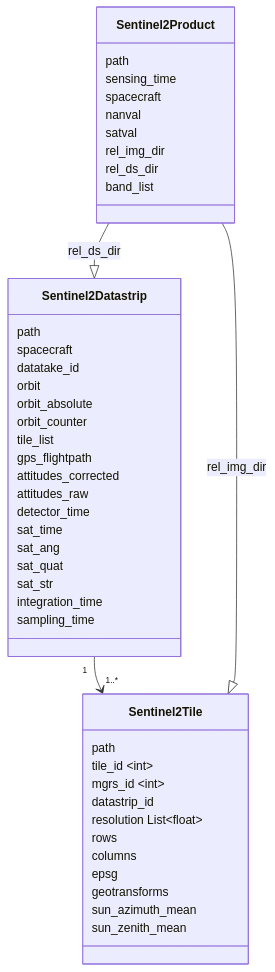
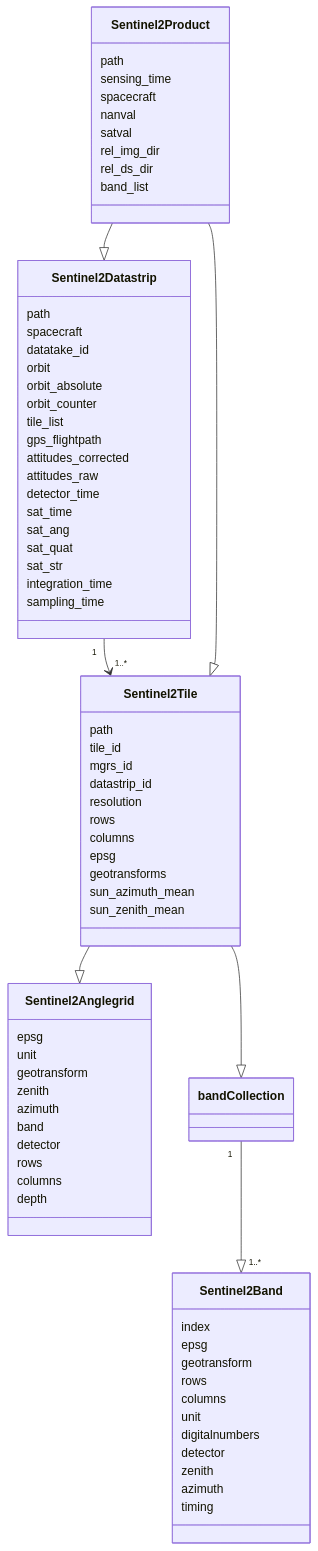
One commit to space-accountants/s2d2 changed the diagram in README.md. Above: the diagram before and after it, drawn with Mermaid.

````diff
--- a/README.md
+++ b/README.md
@@ -40,45 +40,73 @@
 ```mermaid
  classDiagram
 	Sentinel2Datastrip "1" --> "1..*" Sentinel2Tile
-    class Sentinel2Product
+	Sentinel2Product --|> Sentinel2Datastrip
+	Sentinel2Product --|> Sentinel2Tile
+	Sentinel2Tile --|> Sentinel2Anglegrid
+	Sentinel2Tile --|> bandCollection
+	bandCollection "1" --|> "1..*" Sentinel2Band
+	
+	class Sentinel2Product
       Sentinel2Product : path
-        Sentinel2Product --|> Sentinel2Datastrip : rel_ds_dir
-        Sentinel2Product --|> Sentinel2Tile : rel_img_dir
 	  Sentinel2Product : sensing_time
 	  Sentinel2Product : spacecraft 
 	  Sentinel2Product : nanval 
 	  Sentinel2Product : satval  
 	  Sentinel2Product : rel_img_dir  
 	  Sentinel2Product : rel_ds_dir  
 	  Sentinel2Product : band_list     
     class Sentinel2Datastrip
       Sentinel2Datastrip : path
       Sentinel2Datastrip : spacecraft 
       Sentinel2Datastrip : datatake_id  
       Sentinel2Datastrip : orbit  
       Sentinel2Datastrip : orbit_absolute  
       Sentinel2Datastrip : orbit_counter     
       Sentinel2Datastrip : tile_list  
       Sentinel2Datastrip : gps_flightpath  
       Sentinel2Datastrip : attitudes_corrected  
       Sentinel2Datastrip : attitudes_raw  
       Sentinel2Datastrip : detector_time  
       Sentinel2Datastrip : sat_time  
       Sentinel2Datastrip : sat_ang  
       Sentinel2Datastrip : sat_quat  
       Sentinel2Datastrip : sat_str  
       Sentinel2Datastrip : integration_time  
       Sentinel2Datastrip : sampling_time  
     class Sentinel2Tile
       Sentinel2Tile : path
-      Sentinel2Tile : tile_id ~int~  
-      Sentinel2Tile : mgrs_id ~int~
+      Sentinel2Tile : tile_id
+      Sentinel2Tile : mgrs_id
       Sentinel2Tile : datastrip_id 
-      Sentinel2Tile : resolution  List~float~
+      Sentinel2Tile : resolution
       Sentinel2Tile : rows
       Sentinel2Tile : columns
       Sentinel2Tile : epsg
       Sentinel2Tile : geotransforms
       Sentinel2Tile : sun_azimuth_mean
       Sentinel2Tile : sun_zenith_mean  
+    class Sentinel2Anglegrid
+      Sentinel2Anglegrid : epsg  
+      Sentinel2Anglegrid : unit  
+      Sentinel2Anglegrid : geotransform
+      Sentinel2Anglegrid : zenith
+      Sentinel2Anglegrid : azimuth  
+      Sentinel2Anglegrid : band
+      Sentinel2Anglegrid : detector
+      Sentinel2Anglegrid : rows 
+      Sentinel2Anglegrid : columns 
+      Sentinel2Anglegrid : depth
+	class bandCollection
+	class Sentinel2Band
+	  Sentinel2Band : index  
+	  Sentinel2Band : epsg
+	  Sentinel2Band : geotransform
+	  Sentinel2Band : rows 
+	  Sentinel2Band : columns 
+	  Sentinel2Band : unit
+	  Sentinel2Band : digitalnumbers 
+	  Sentinel2Band : detector 
+	  Sentinel2Band : zenith  
+	  Sentinel2Band : azimuth  
+	  Sentinel2Band : timing
 ```
````
